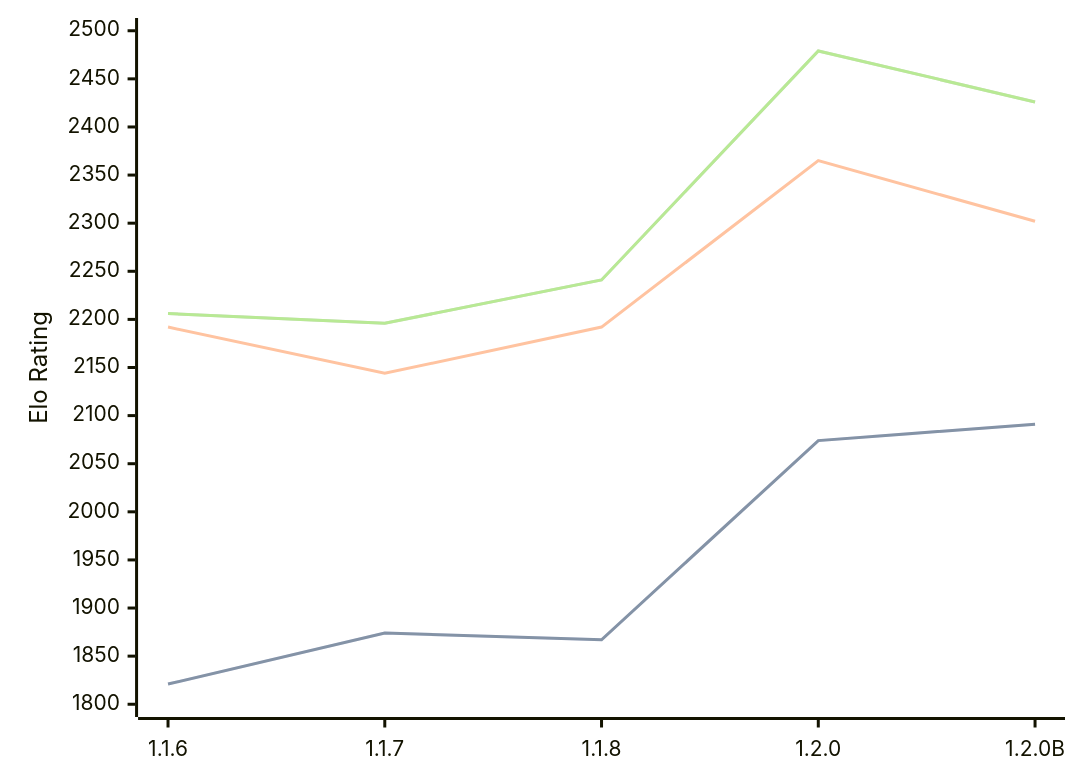
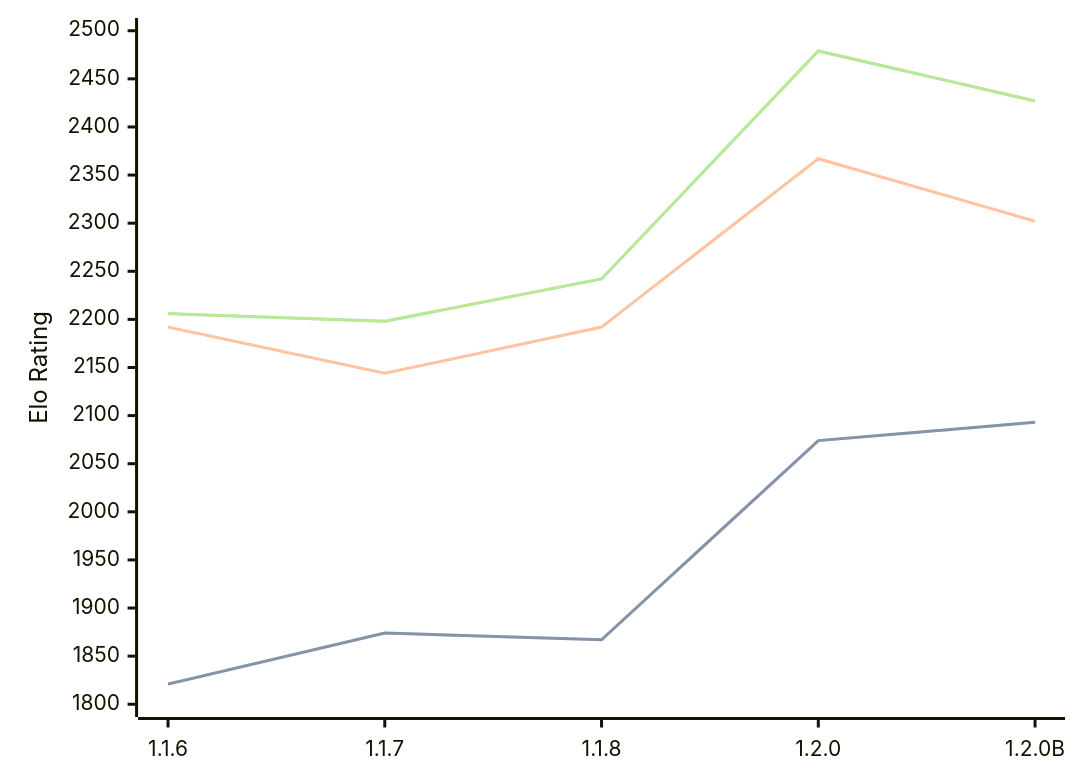
The diagram in engines/Soomi.md (computer-chess-index/cci), drawn with Mermaid before and after one commit. The commit also changed other lines of this file, not shown here.

Commit message:
Update CCI Ratings (ELO VLTC) - 2026-05-12

````diff
--- a/engines/Soomi.md
+++ b/engines/Soomi.md
@@ -35,11 +35,11 @@
 ```mermaid
 %%{init: {"theme":"base","themeVariables":{"seriesColors:['#a3a3a3','#222221','#faa371']}}}%%
 xychart-beta
   x-axis ["1.1.6", "1.1.7", "1.1.8", "1.2.0", "1.2.0B"]
   y-axis "Elo Rating" 1800 --> 2500
-  line "STC (8.0+0.08s)" [1821, 1874, 1867, 2074, 2091]
-  line "STC (8.0+0.08s)" [1821, 1874, 1867, 2074, 2091]
-  line "LTC (60.0+0.60s)" [2192, 2144, 2192, 2365, 2302]
-  line "VLTC (2m24s+1.12s)" [2206, 2196, 2241, 2479, 2426]
-  line "VLTC (2m24s+1.12s)" [2206, 2196, 2241, 2479, 2426]
+  line "STC (8.0+0.08s)" [1821, 1874, 1867, 2074, 2093]
+  line "STC (8.0+0.08s)" [1821, 1874, 1867, 2074, 2093]
+  line "LTC (60.0+0.60s)" [2192, 2144, 2192, 2367, 2302]
+  line "VLTC (2m24s+1.12s)" [2206, 2198, 2242, 2479, 2427]
+  line "VLTC (2m24s+1.12s)" [2206, 2198, 2242, 2479, 2427]
 ```
````
